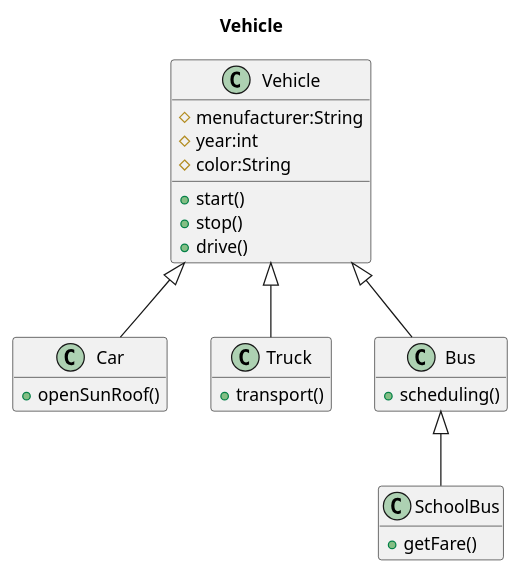
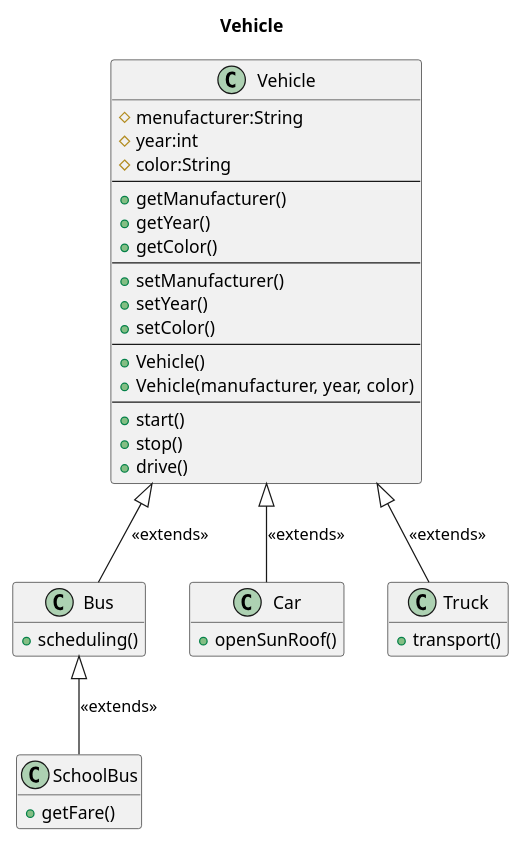
The diagram in UMLs/02_Inheritance.wsd (Nurettin-Kaplan/OOPExercises), drawn with PlantUML before and after one commit.

Commit message:
The inheritance UML was updated.

```diff
--- a/UMLs/02_Inheritance.wsd
+++ b/UMLs/02_Inheritance.wsd
@@ -1,32 +1,49 @@
 @startuml Inheritance
 
 title Vehicle
 
 class Vehicle {
     #menufacturer:String
     #year:int
     #color:String
+    ---
+    +getManufacturer()
+    +getYear()
+    +getColor()
+    ---
+    +setManufacturer()
+    +setYear()
+    +setColor()
+    ---
+    +Vehicle()
+    +Vehicle(manufacturer, year, color)
+    ---
     +start()
     +stop()
     +drive()
 }
 
-class Car extends Vehicle {
+class Car {
     +openSunRoof()
 }
 
-class Truck extends Vehicle {
+class Truck {
     +transport()
 }
 
-class Bus extends Vehicle {
+class Bus{
     +scheduling()
 }
 
-class SchoolBus extends Bus {
+class SchoolBus{
     +getFare()
 } 
+
+Bus -u-|> Vehicle : <<extends>>
+Truck -u-|> Vehicle : <<extends>>
+Car -u-|> Vehicle : <<extends>>
+SchoolBus -u-|> Bus : <<extends>>
 
 hide empty member
 
 @enduml
```
